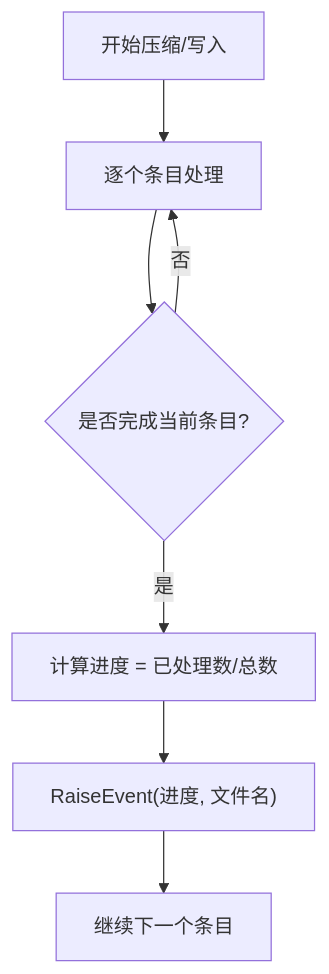
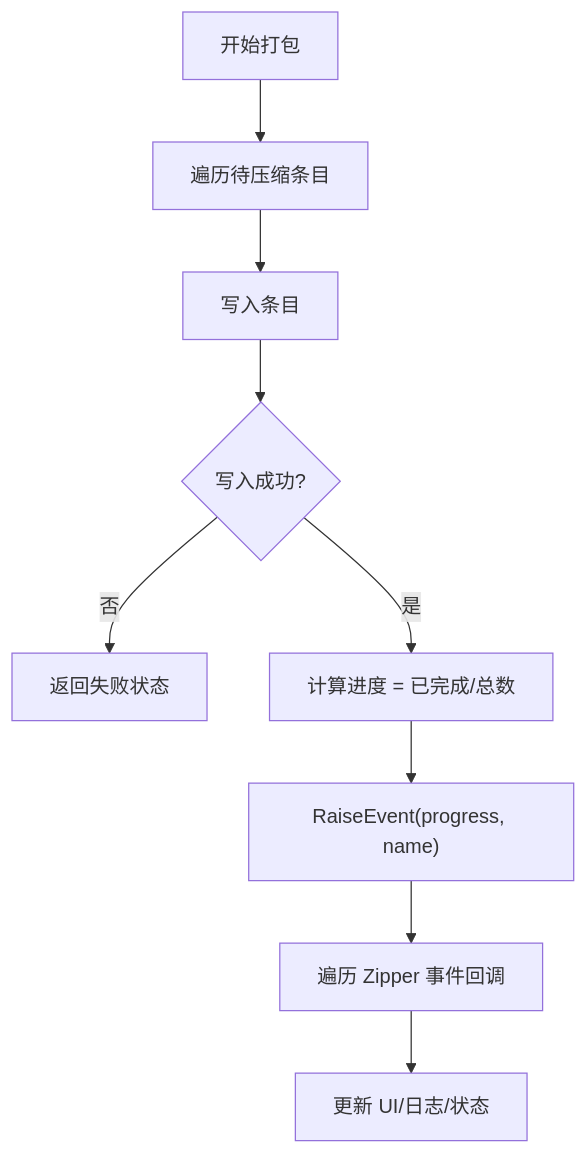
One commit to hsmbanlance/HsBaSlicer changed the sixth of 9 diagrams in .qoder/repowiki/zh/content/扩展开发指南/事件系统开发.md. Above: the diagram before and after it, drawn with Mermaid. The commit also changed other lines of this file and 1135 other files, not shown here.

````diff
--- a/.qoder/repowiki/zh/content/扩展开发指南/事件系统开发.md
+++ b/.qoder/repowiki/zh/content/扩展开发指南/事件系统开发.md
@@ -231,9 +246,11 @@
 ```mermaid
 flowchart TD
-A["开始压缩/写入"] --> B["逐个条目处理"]
-B --> C{"是否完成当前条目?"}
-C --> |是| D["计算进度 = 已处理数/总数"]
-D --> E["RaiseEvent(进度, 文件名)"]
-C --> |否| B
-E --> F["继续下一个条目"]
+A["开始打包"] --> B["遍历待压缩条目"]
+B --> C["写入条目"]
+C --> D{"写入成功?"}
+D --> |否| E["返回失败状态"]
+D --> |是| F["计算进度 = 已完成/总数"]
+F --> G["RaiseEvent(progress, name)"]
+G --> H["遍历 Zipper 事件回调"]
+H --> I["更新 UI/日志/状态"]
 ```
````
